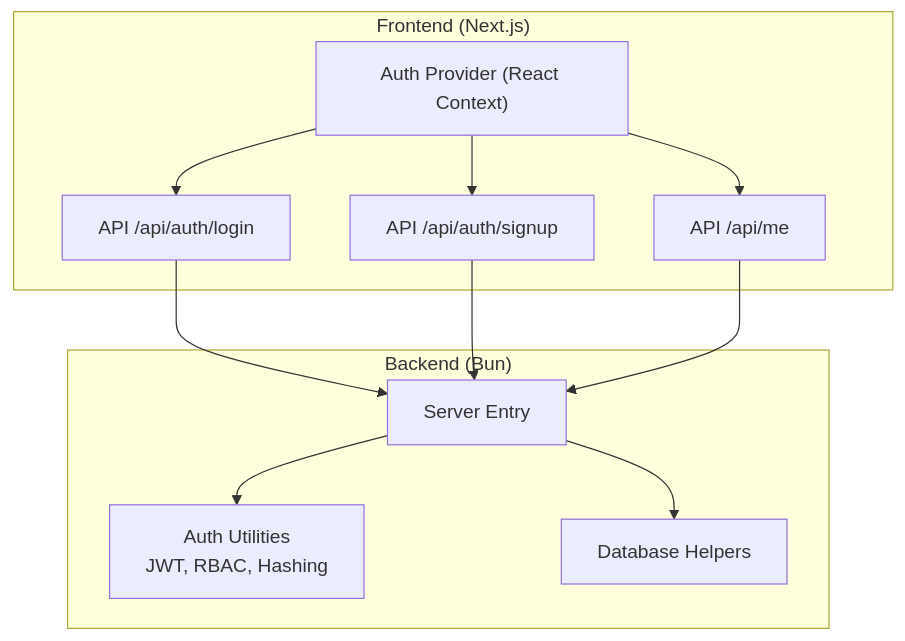
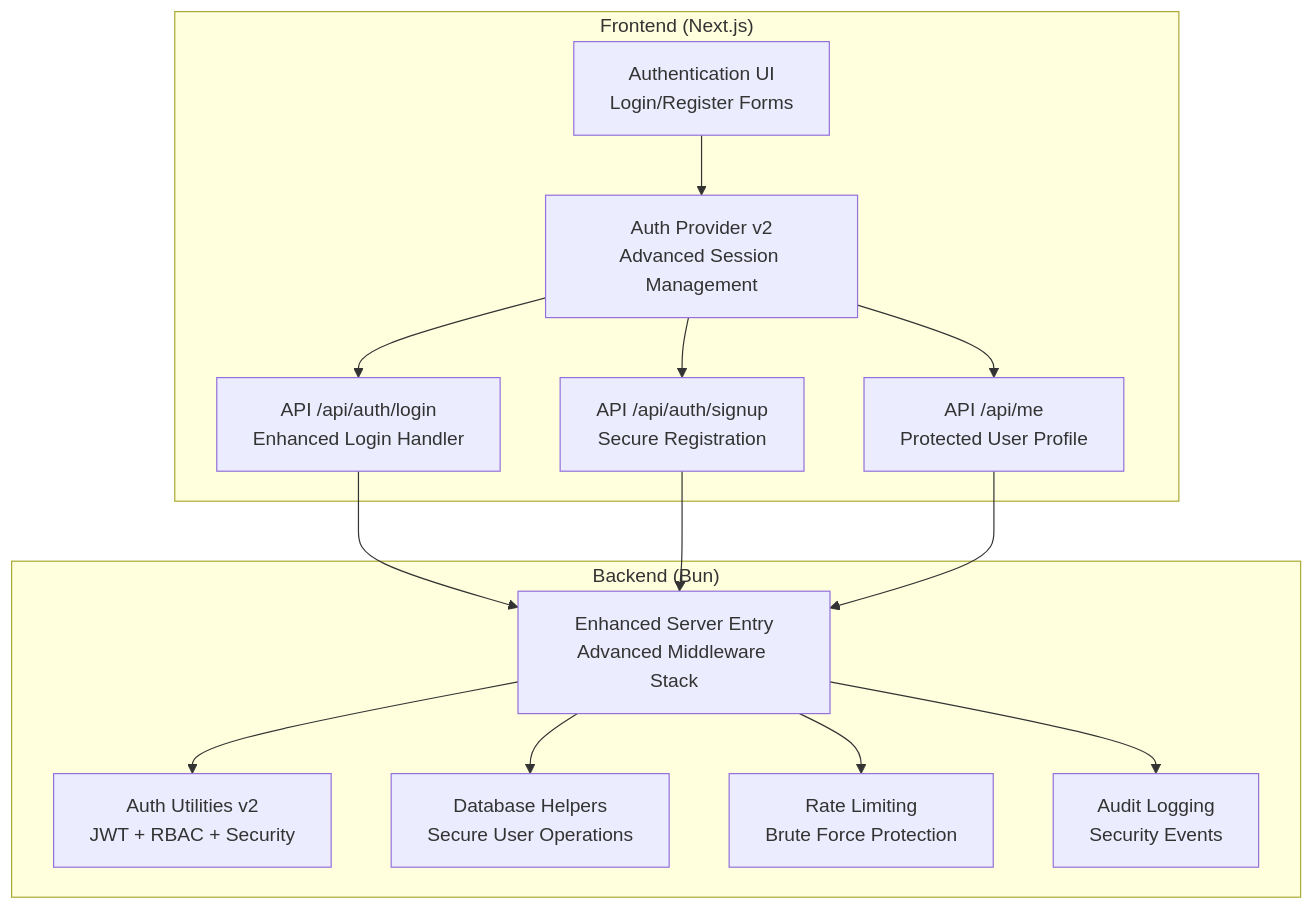
Before and after one commit to HassanAmeer/cheaprouter: the first of 9 diagrams in .qoder/repowiki/en/content/Backend Architecture/Authentication & Authorization.md, drawn with Mermaid. The commit also changed other lines of this file and 54 other files, not shown here.

````diff
--- a/.qoder/repowiki/en/content/Backend Architecture/Authentication & Authorization.md
+++ b/.qoder/repowiki/en/content/Backend Architecture/Authentication & Authorization.md
@@ -33,22 +43,28 @@
 ```mermaid
 graph TB
 subgraph "Frontend (Next.js)"
-FE_Login["API /api/auth/login"]
-FE_Signup["API /api/auth/signup"]
-FE_Me["API /api/me"]
-FE_Provider["Auth Provider (React Context)"]
+FE_Login["API /api/auth/login<br/>Enhanced Login Handler"]
+FE_Signup["API /api/auth/signup<br/>Secure Registration"]
+FE_Me["API /api/me<br/>Protected User Profile"]
+FE_Provider["Auth Provider v2<br/>Advanced Session Management"]
+FE_UI["Authentication UI<br/>Login/Register Forms"]
 end
 subgraph "Backend (Bun)"
-BE_Index["Server Entry"]
-BE_Auth["Auth Utilities<br/>JWT, RBAC, Hashing"]
-BE_DB["Database Helpers"]
+BE_Index["Enhanced Server Entry<br/>Advanced Middleware Stack"]
+BE_Auth["Auth Utilities v2<br/>JWT + RBAC + Security"]
+BE_DB["Database Helpers<br/>Secure User Operations"]
+BE_RateLimit["Rate Limiting<br/>Brute Force Protection"]
+BE_Audit["Audit Logging<br/>Security Events"]
 end
 FE_Login --> BE_Index
 FE_Signup --> BE_Index
 FE_Me --> BE_Index
 FE_Provider --> FE_Login
 FE_Provider --> FE_Signup
 FE_Provider --> FE_Me
+FE_UI --> FE_Provider
 BE_Index --> BE_Auth
 BE_Index --> BE_DB
+BE_Index --> BE_RateLimit
+BE_Index --> BE_Audit
 ```
````
